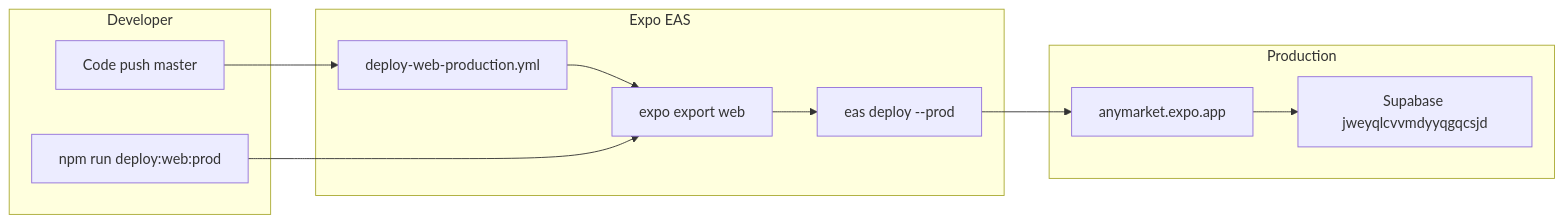
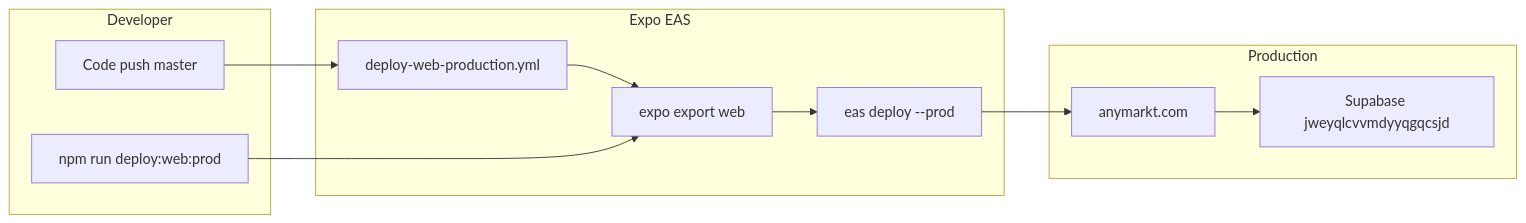
The diagram in docs/deploy-web-production.md (rcdev714/qbet), drawn with Mermaid before and after one commit. The commit also changed other lines of this file and 182 other files, not shown here.

````diff
--- a/docs/deploy-web-production.md
+++ b/docs/deploy-web-production.md
@@ -13,20 +13,20 @@
 ```mermaid
 flowchart LR
   subgraph dev [Developer]
     code[Code push master]
     manual[npm run deploy:web:prod]
   end
   subgraph eas [Expo EAS]
     workflow[deploy-web-production.yml]
     export[expo export web]
     deploy[eas deploy --prod]
   end
   subgraph prod [Production]
-    site[anymarket.expo.app]
+    site[anymarkt.com]
     supabase[Supabase jweyqlcvvmdyyqgqcsjd]
   end
   code --> workflow
   workflow --> export --> deploy --> site
   manual --> export
   site --> supabase
 ```
````
